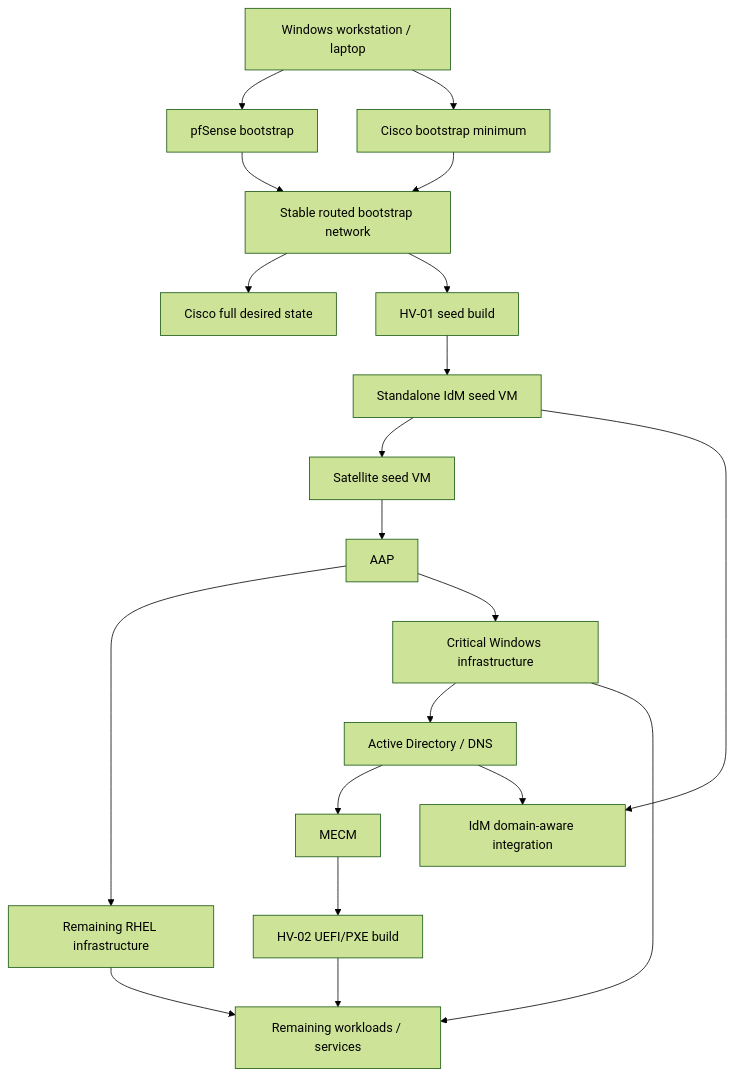
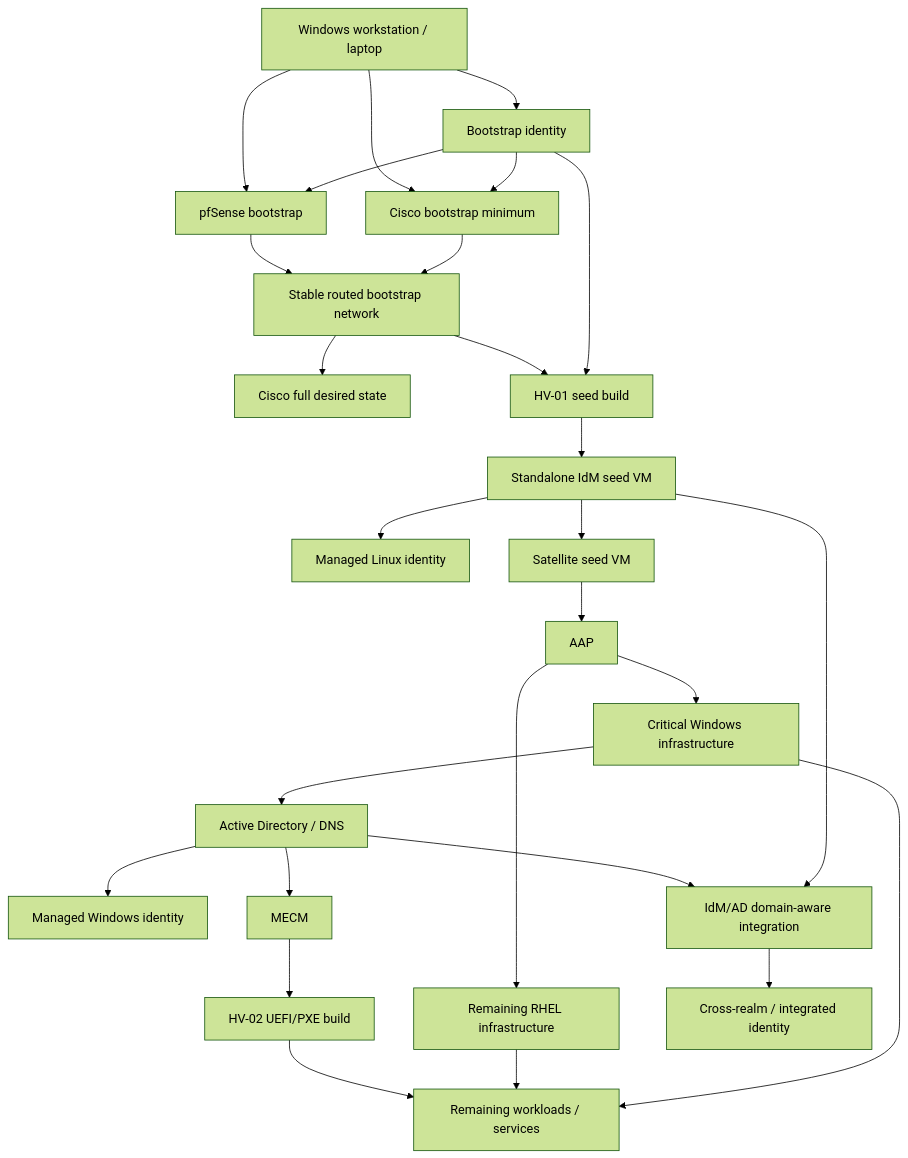
Before and after one commit to rathbunr/Operation-Desired-State: the diagram in docs/BOOTSTRAP-ARCHITECTURE-DRAFT.md, drawn with Mermaid (forest theme). The commit also changed other lines of this file, not shown here.

Commit message:
Elevate identity as a foundational control plane

````diff
--- a/docs/BOOTSTRAP-ARCHITECTURE-DRAFT.md
+++ b/docs/BOOTSTRAP-ARCHITECTURE-DRAFT.md
@@ -136,22 +186,29 @@
 ```mermaid
 flowchart TD
-    LAPTOP[Windows workstation / laptop] --> PFSENSE[pfSense bootstrap]
+    LAPTOP[Windows workstation / laptop] --> BOOTID[Bootstrap identity]
+    LAPTOP --> PFSENSE[pfSense bootstrap]
     LAPTOP --> CISCOBOOT[Cisco bootstrap minimum]
+    BOOTID --> PFSENSE
+    BOOTID --> CISCOBOOT
     PFSENSE --> NET[Stable routed bootstrap network]
     CISCOBOOT --> NET
     NET --> CISCOFULL[Cisco full desired state]
     NET --> HV1[HV-01 seed build]
+    BOOTID --> HV1
     HV1 --> IDM[Standalone IdM seed VM]
+    IDM --> LINUXID[Managed Linux identity]
     IDM --> SAT[Satellite seed VM]
     SAT --> AAP[AAP]
     AAP --> LINUX[Remaining RHEL infrastructure]
     AAP --> WIN[Critical Windows infrastructure]
     WIN --> AD[Active Directory / DNS]
+    AD --> WINID[Managed Windows identity]
     AD --> MECM[MECM]
     MECM --> HV2[HV-02 UEFI/PXE build]
-    AD --> IDMINT[IdM domain-aware integration]
+    AD --> IDMINT[IdM/AD domain-aware integration]
     IDM --> IDMINT
+    IDMINT --> TRUST[Cross-realm / integrated identity]
     HV2 --> REST[Remaining workloads / services]
     LINUX --> REST
     WIN --> REST
 ```
````
